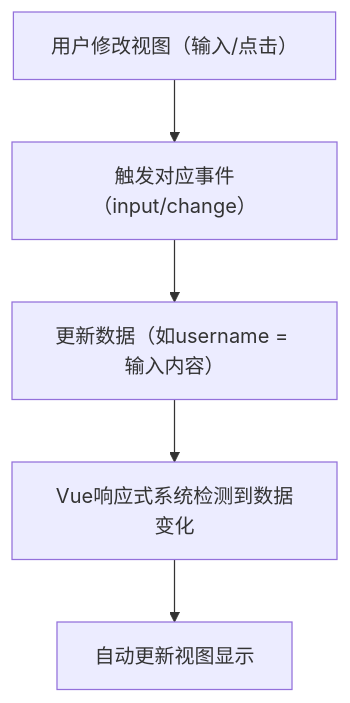
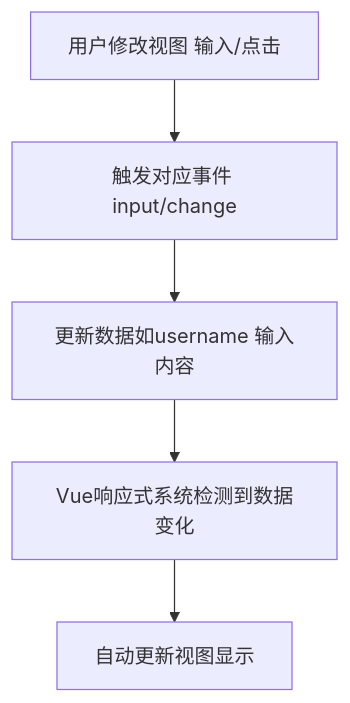
Before and after one commit to cmdragon/blog: the diagram in content/posts/front_end/vue/Vue3的v-model如何实现表单双向绑定？    .md, drawn with Mermaid. The commit also changed 1 other file, not shown here.

Commit message:
style(docs): 移除文件中的多余空格并调整标题格式
- 移除了 Vue3 v-model 文章文件名中的多余空格
- 移除了 Mermaid 图表中的方括号以改善显示格式
- 调整了阿拉伯语推文文章的标题格式，移除了引号包围

````diff
--- a/content/posts/front_end/vue/Vue3的v-model如何实现表单双向绑定？    .md
+++ b/content/posts/front_end/vue/Vue3的v-model如何实现表单双向绑定？    .md
@@ -61,7 +61,7 @@
 ```mermaid
 graph TD
-A[用户修改视图（输入/点击）] --> B[触发对应事件（input/change）]
-B --> C[更新数据（如username = 输入内容）]
+A[用户修改视图 输入/点击] --> B[触发对应事件 input/change]
+B --> C[更新数据如username 输入内容]
 C --> D[Vue响应式系统检测到数据变化]
 D --> E[自动更新视图显示]
 ```  
````
